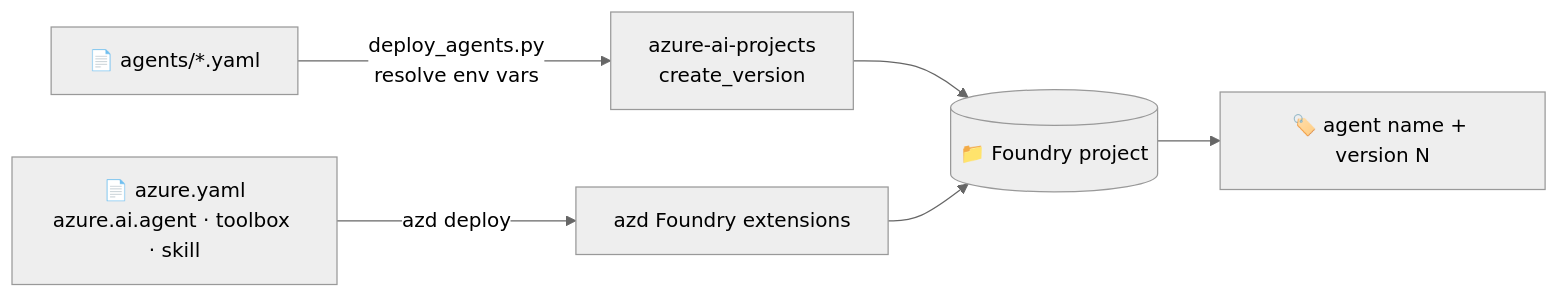
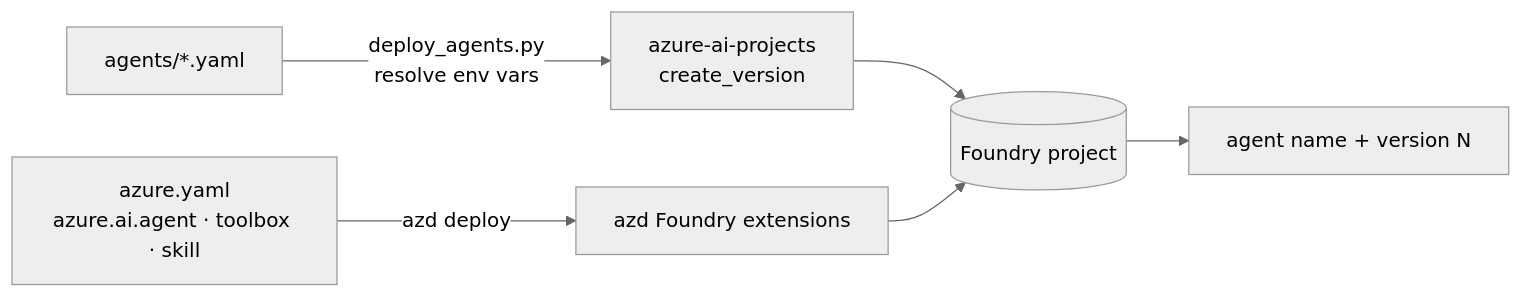
Before and after one commit to nampacx/MS-Foundry-from-0-to-hero: the diagram in docs/agents-yaml.md, drawn with Mermaid (neutral theme). The commit also changed other lines of this file and 37 other files, not shown here.

````diff
--- a/docs/agents-yaml.md
+++ b/docs/agents-yaml.md
@@ -16,8 +16,8 @@
 ```mermaid
 flowchart LR
-  Y[📄 agents/*.yaml] -->|deploy_agents.py<br/>resolve env vars| SDK[azure-ai-projects<br/>create_version]
-  Z[📄 azure.yaml<br/>azure.ai.agent · toolbox · skill] -->|azd deploy| EXT[azd Foundry extensions]
-  SDK --> P[(📁 Foundry project)]
+  Y[agents/*.yaml] -->|deploy_agents.py<br/>resolve env vars| SDK[azure-ai-projects<br/>create_version]
+  Z[azure.yaml<br/>azure.ai.agent · toolbox · skill] -->|azd deploy| EXT[azd Foundry extensions]
+  SDK --> P[(Foundry project)]
   EXT --> P
-  P --> V[🏷️ agent name + version N]
+  P --> V[agent name + version N]
 ```
````
